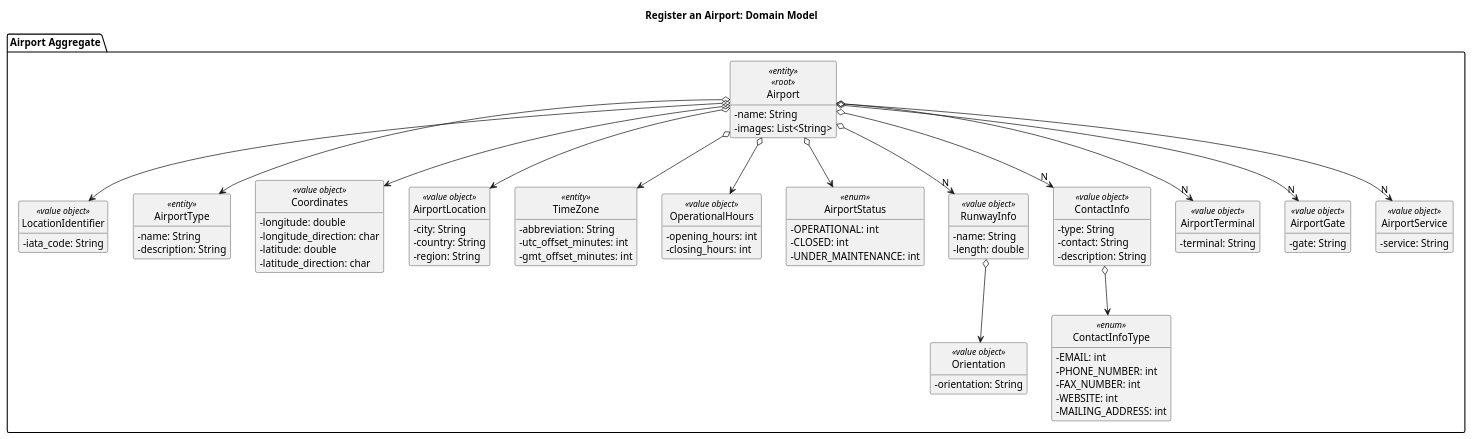
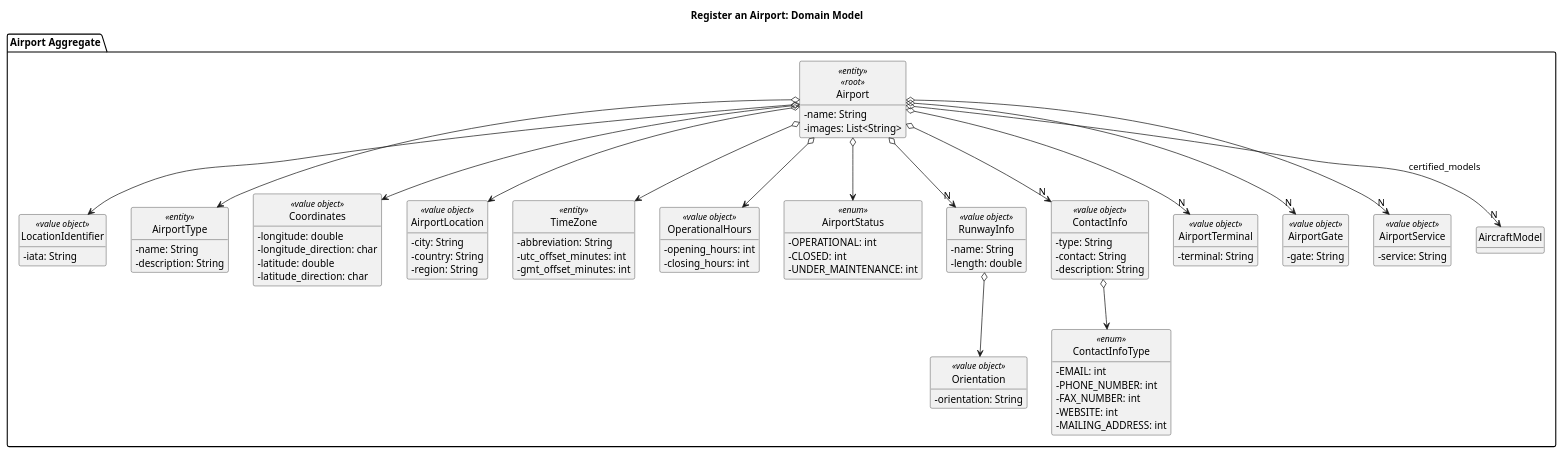
Before and after one commit to miguelsiilva1/PSOFT_1241008_1241131_1200858_1210977: the diagram in docs/system-documentation/WP#2A/US108/US108_DM/US108_DM.puml, drawn with PlantUML. The commit also changed 60 other files, not shown here.

```diff
--- a/docs/system-documentation/WP#2A/US108/US108_DM/US108_DM.puml
+++ b/docs/system-documentation/WP#2A/US108/US108_DM/US108_DM.puml
@@ -1,100 +1,101 @@
 @startuml
 'https://plantuml.com/class-diagram
 hide circle
 skinparam classAttributeIconSize 0
 hide methods
 
 title Register an Airport: Domain Model
 
 package "Airport Aggregate" {
     class Airport <<entity>> <<root>> {
         - name: String
         - images: List<String>
     }
     Airport o--> LocationIdentifier
     Airport o--> AirportType
     Airport o--> Coordinates
     Airport o--> AirportLocation
     Airport o--> TimeZone
     Airport o--> OperationalHours
     Airport o--> AirportStatus
     Airport o--> "N" RunwayInfo
     Airport o--> "N" ContactInfo
     Airport o--> "N" AirportTerminal
     Airport o--> "N" AirportGate
     Airport o--> "N" AirportService
+    Airport o--> "N" AircraftModel : certified_models
 
     class AirportLocation <<value object>> {
         - city: String
         - country: String
         - region: String
     }
 
     class AirportTerminal <<value object>> {
         - terminal: String
     }
     class AirportGate <<value object>> {
         - gate: String
     }
     class AirportService <<value object>> {
         - service: String
     }
 
     class AirportType <<entity>> {
         - name: String
         - description: String
     }
     class LocationIdentifier <<value object>> {
-        - iata_code: String
+        - iata: String
     }
 
     class TimeZone <<entity>> {
         - abbreviation: String
         - utc_offset_minutes: int
         - gmt_offset_minutes: int
     }
 
     class OperationalHours <<value object>> {
         - opening_hours: int
         - closing_hours: int
     }
 
     class ContactInfo <<value object>> {
         - type: String
         - contact: String
         - description: String
     }
     ContactInfo o--> ContactInfoType
     class ContactInfoType <<enum>> {
         - EMAIL: int
         - PHONE_NUMBER: int
         - FAX_NUMBER: int
         - WEBSITE: int
         - MAILING_ADDRESS: int
     }
 
     class Coordinates <<value object>> {
         - longitude: double
         - longitude_direction: char
         - latitude: double
         - latitude_direction: char
     }
 
     class RunwayInfo <<value object>> {
         - name: String
         - length: double
     }
     RunwayInfo o--> Orientation
 
     class Orientation <<value object>> {
         - orientation: String
     }
 
     class AirportStatus <<enum>> {
         - OPERATIONAL: int
         - CLOSED: int
         - UNDER_MAINTENANCE: int
     }
 }
 
 @enduml
```
